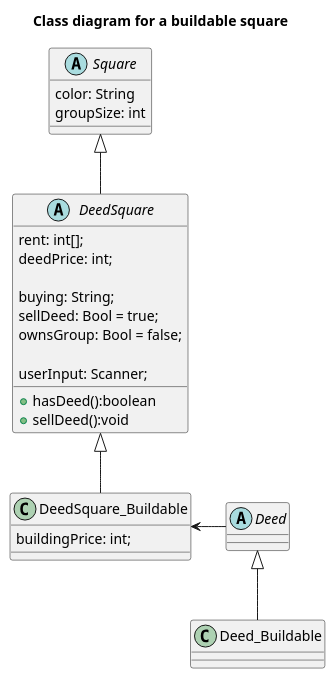
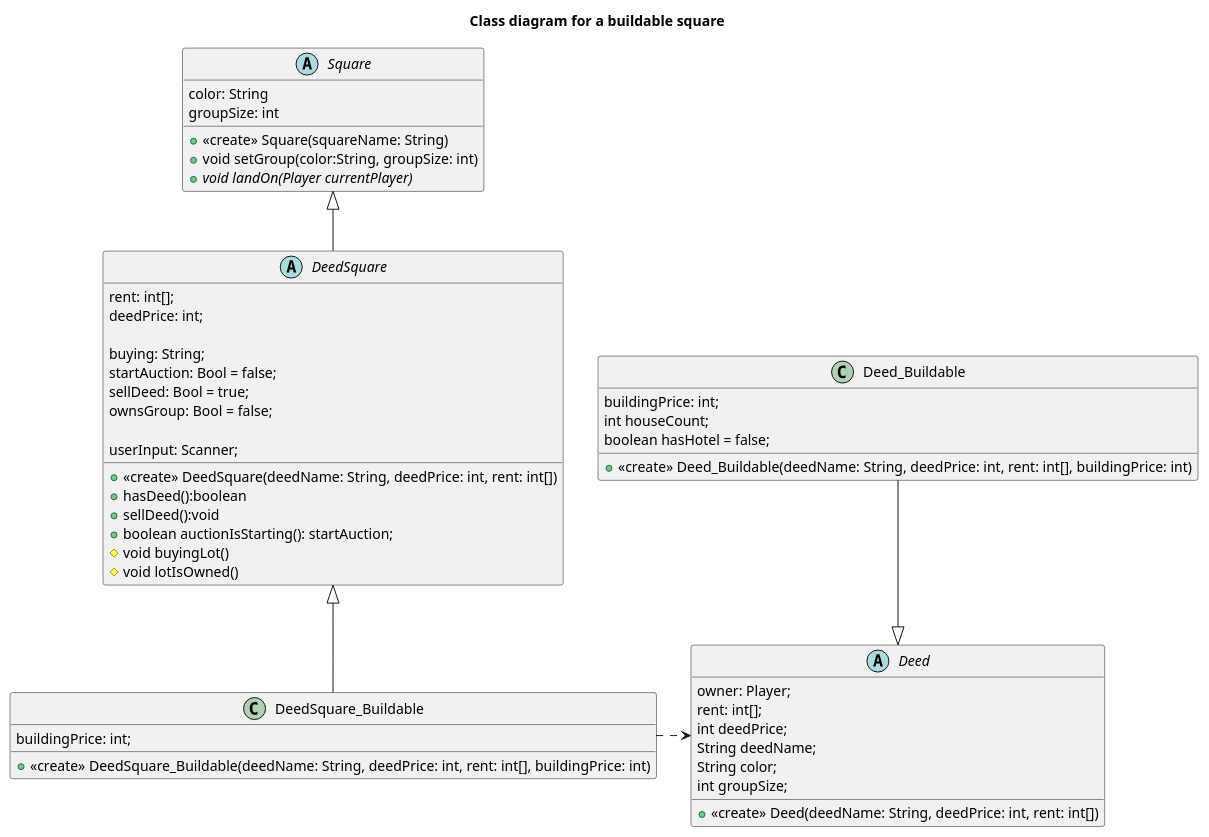
The diagram in Diagrams/DeedSquare_Buildable.puml (hellomelissaw/Matador), drawn with PlantUML before and after one commit.

Commit message:
Updating diagram

```diff
--- a/Diagrams/DeedSquare_Buildable.puml
+++ b/Diagrams/DeedSquare_Buildable.puml
@@ -1,42 +1,66 @@
 @startuml
 'https://plantuml.com/class-diagram
 title Class diagram for a buildable square
 abstract class Square {
++<<create>> Square(squareName: String)
 color: String
 groupSize: int
++void setGroup(color:String, groupSize: int)
++{abstract} void landOn(Player currentPlayer)
 
 }
 
 abstract class DeedSquare {
-
++<<create>> DeedSquare(deedName: String, deedPrice: int, rent: int[])
 rent: int[];
 deedPrice: int;
 
 buying: String;
+startAuction: Bool = false;
 sellDeed: Bool = true;
 ownsGroup: Bool = false;
 
 userInput: Scanner;
 
 +hasDeed():boolean
 +sellDeed():void
++boolean auctionIsStarting(): startAuction;
+#void buyingLot()
+#void lotIsOwned()
+
 
 }
 
 class DeedSquare_Buildable {
++<<create>> DeedSquare_Buildable(deedName: String, deedPrice: int, rent: int[], buildingPrice: int)
 buildingPrice: int;
 
 }
 
-abstract class Deed
-class Deed_Buildable
+abstract class Deed {
++<<create>> Deed(deedName: String, deedPrice: int, rent: int[])
+owner: Player;
+rent: int[];
+int deedPrice;
+String deedName;
+String color;
+int groupSize;
+
+}
+class Deed_Buildable {
++<<create>> Deed_Buildable(deedName: String, deedPrice: int, rent: int[], buildingPrice: int)
+buildingPrice: int;
+int houseCount;
+boolean hasHotel = false;
+
+}
 
 Square <|-down- DeedSquare
 
 DeedSquare <|-down- DeedSquare_Buildable
 
-Deed <|-down- Deed_Buildable
+Deed <|-up- Deed_Buildable
 
-DeedSquare_Buildable <-right- Deed
+DeedSquare_Buildable -[dashed]right-> Deed
 
 @enduml
```
